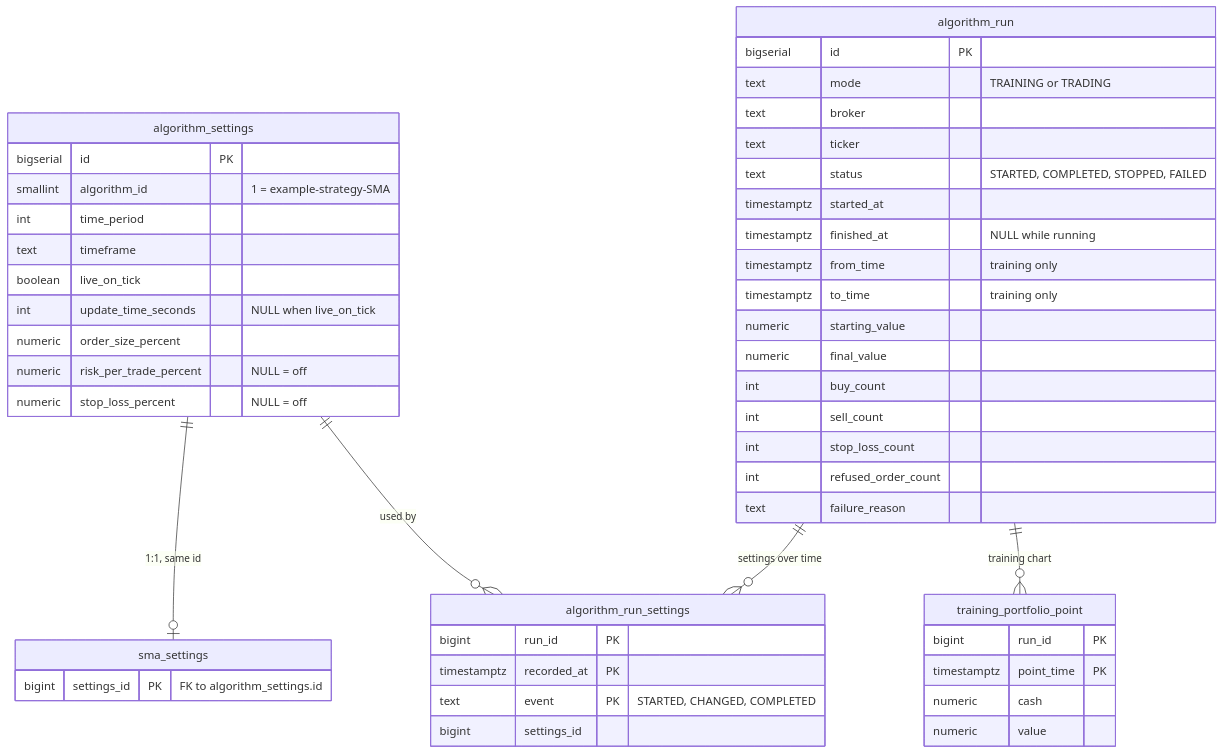
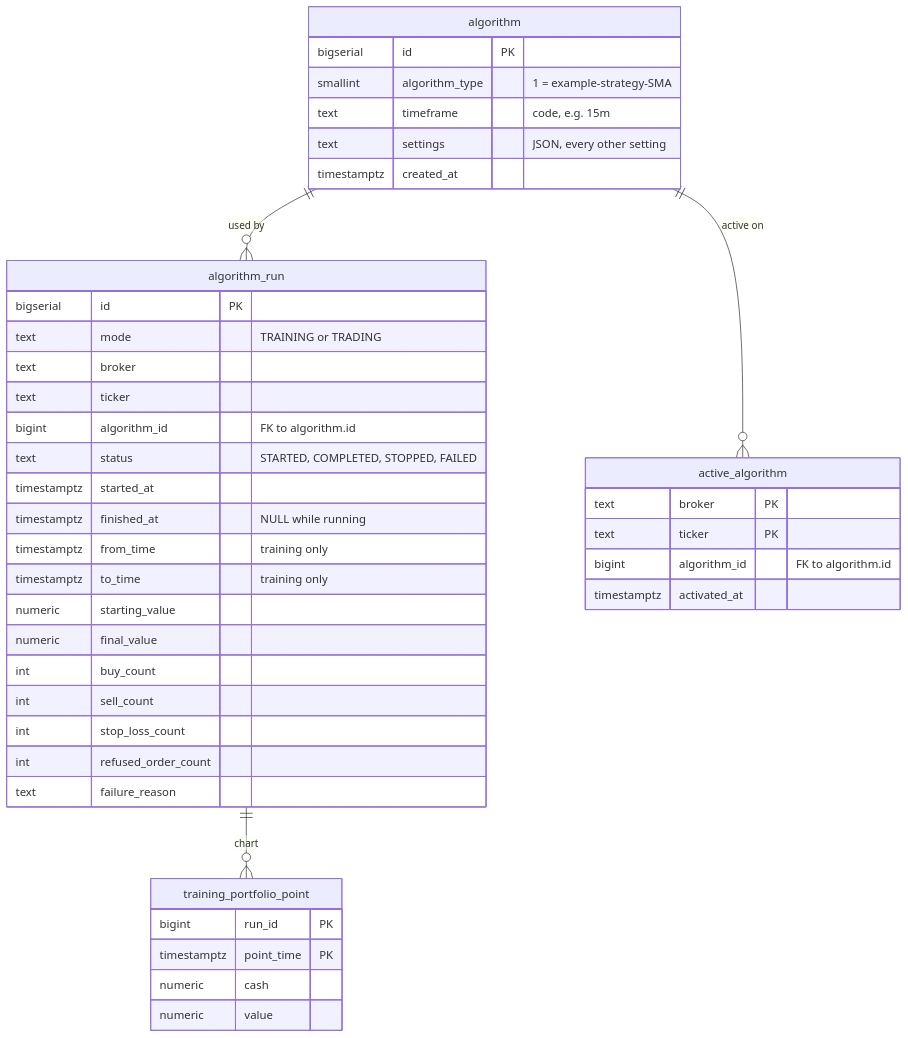
Before and after one commit to ShadowOfDiablo/t212-coding-task: diagram 27 of 29 in docs/ARCHITECTURE.md, drawn with Mermaid. The commit also changed other lines of this file and 68 other files, not shown here.

````diff
--- a/docs/ARCHITECTURE.md
+++ b/docs/ARCHITECTURE.md
@@ -1206,51 +1205,44 @@
 ```mermaid
 erDiagram
-    algorithm_settings {
+    algorithm {
         bigserial id PK
-        smallint algorithm_id "1 = example-strategy-SMA"
-        int time_period
-        text timeframe
-        boolean live_on_tick
-        int update_time_seconds "NULL when live_on_tick"
-        numeric order_size_percent
-        numeric risk_per_trade_percent "NULL = off"
-        numeric stop_loss_percent "NULL = off"
-    }
-    sma_settings {
-        bigint settings_id PK "FK to algorithm_settings.id"
+        smallint algorithm_type "1 = example-strategy-SMA"
+        text timeframe "code, e.g. 15m"
+        text settings "JSON, every other setting"
+        timestamptz created_at
     }
     algorithm_run {
         bigserial id PK
         text mode "TRAINING or TRADING"
         text broker
         text ticker
+        bigint algorithm_id "FK to algorithm.id"
         text status "STARTED, COMPLETED, STOPPED, FAILED"
         timestamptz started_at
         timestamptz finished_at "NULL while running"
         timestamptz from_time "training only"
         timestamptz to_time "training only"
         numeric starting_value
         numeric final_value
         int buy_count
         int sell_count
         int stop_loss_count
         int refused_order_count
         text failure_reason
     }
-    algorithm_run_settings {
-        bigint run_id PK
-        timestamptz recorded_at PK
-        text event PK "STARTED, CHANGED, COMPLETED"
-        bigint settings_id
+    active_algorithm {
+        text broker PK
+        text ticker PK
+        bigint algorithm_id "FK to algorithm.id"
+        timestamptz activated_at
     }
     training_portfolio_point {
         bigint run_id PK
         timestamptz point_time PK
         numeric cash
         numeric value
     }
-    algorithm_settings ||--o| sma_settings : "1:1, same id"
-    algorithm_run ||--o{ algorithm_run_settings : "settings over time"
-    algorithm_settings ||--o{ algorithm_run_settings : "used by"
-    algorithm_run ||--o{ training_portfolio_point : "training chart"
+    algorithm ||--o{ algorithm_run : "used by"
+    algorithm ||--o{ active_algorithm : "active on"
+    algorithm_run ||--o{ training_portfolio_point : "chart"
 ```
````
